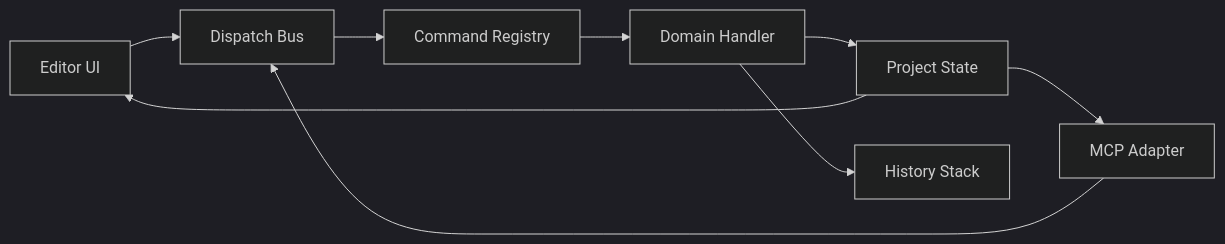
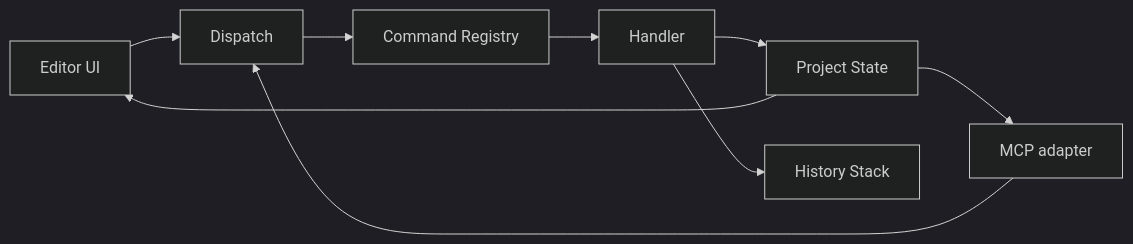
The first of 2 diagrams in docs/COMMAND_BUS.md (khuonghiiro/parallax-studio), drawn with Mermaid (dark theme) before and after one commit. The commit also changed other lines of this file and 48 other files, not shown here.

````diff
--- a/docs/COMMAND_BUS.md
+++ b/docs/COMMAND_BUS.md
@@ -16,11 +15,11 @@
 ```mermaid
 flowchart LR
-  UI[Editor UI] --> D[Dispatch Bus]
-  MCP[MCP Adapter] --> D
+  UI[Editor UI] --> D[Dispatch]
+  MCP[MCP adapter] --> D
   D --> R[Command Registry]
-  R --> H[Domain Handler]
+  R --> H[Handler]
   H --> S[Project State]
   H --> Hist[History Stack]
   S --> UI
   S --> MCP
 ```
````
